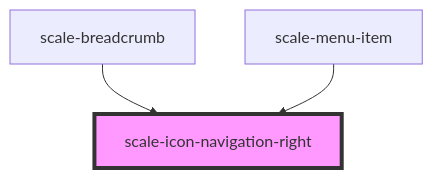
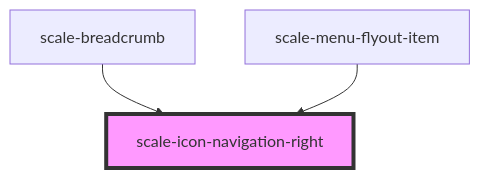
One commit to gaurishkamat/scale changed the diagram in packages/components/src/components/icons/navigation-right/readme.md. Above: the diagram before and after it, drawn with Mermaid. The commit also changed other lines of this file and 126 other files, not shown here.

````diff
--- a/packages/components/src/components/icons/navigation-right/readme.md
+++ b/packages/components/src/components/icons/navigation-right/readme.md
@@ -27,6 +27,6 @@
 ```mermaid
 graph TD;
   scale-breadcrumb --> scale-icon-navigation-right
-  scale-menu-item --> scale-icon-navigation-right
+  scale-menu-flyout-item --> scale-icon-navigation-right
   style scale-icon-navigation-right fill:#f9f,stroke:#333,stroke-width:4px
 ```
````
